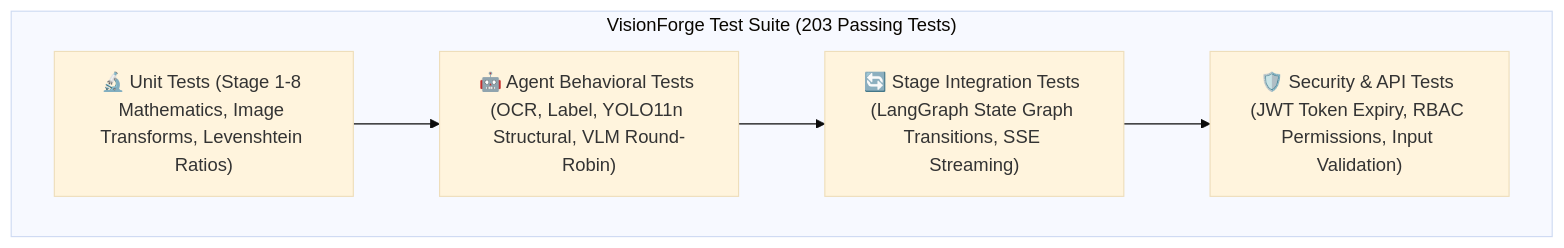
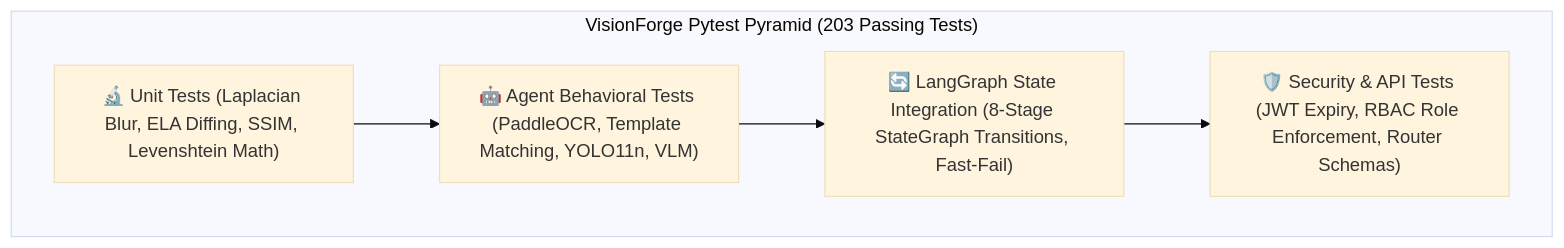
One commit to Disha-1610/VisionForge changed the diagram in docs/TESTING.md. Above: the diagram before and after it, drawn with Mermaid (base theme). The commit also changed other lines of this file and 12 other files, not shown here.

Commit message:
docs: upgrade full documentation suite with technical depth, story arcs, engineering decisions, and Mermaid diagrams

````diff
--- a/docs/TESTING.md
+++ b/docs/TESTING.md
@@ -30,11 +43,11 @@
 ```mermaid
 flowchart TD
-    subgraph TestPyramid["VisionForge Test Suite (203 Passing Tests)"]
-        Unit["🔬 Unit Tests (Stage 1-8 Mathematics, Image Transforms, Levenshtein Ratios)"]
-        Agent["🤖 Agent Behavioral Tests (OCR, Label, YOLO11n Structural, VLM Round-Robin)"]
-        Integration["🔄 Stage Integration Tests (LangGraph State Graph Transitions, SSE Streaming)"]
-        Security["🛡️ Security & API Tests (JWT Token Expiry, RBAC Permissions, Input Validation)"]
+    subgraph TestPyramid["VisionForge Pytest Pyramid (203 Passing Tests)"]
+        Unit["🔬 Unit Tests (Laplacian Blur, ELA Diffing, SSIM, Levenshtein Math)"]
+        Agent["🤖 Agent Behavioral Tests (PaddleOCR, Template Matching, YOLO11n, VLM)"]
+        Integration["🔄 LangGraph State Integration (8-Stage StateGraph Transitions, Fast-Fail)"]
+        Security["🛡️ Security & API Tests (JWT Expiry, RBAC Role Enforcement, Router Schemas)"]
     end
 
     Unit --> Agent --> Integration --> Security
 ```
````
